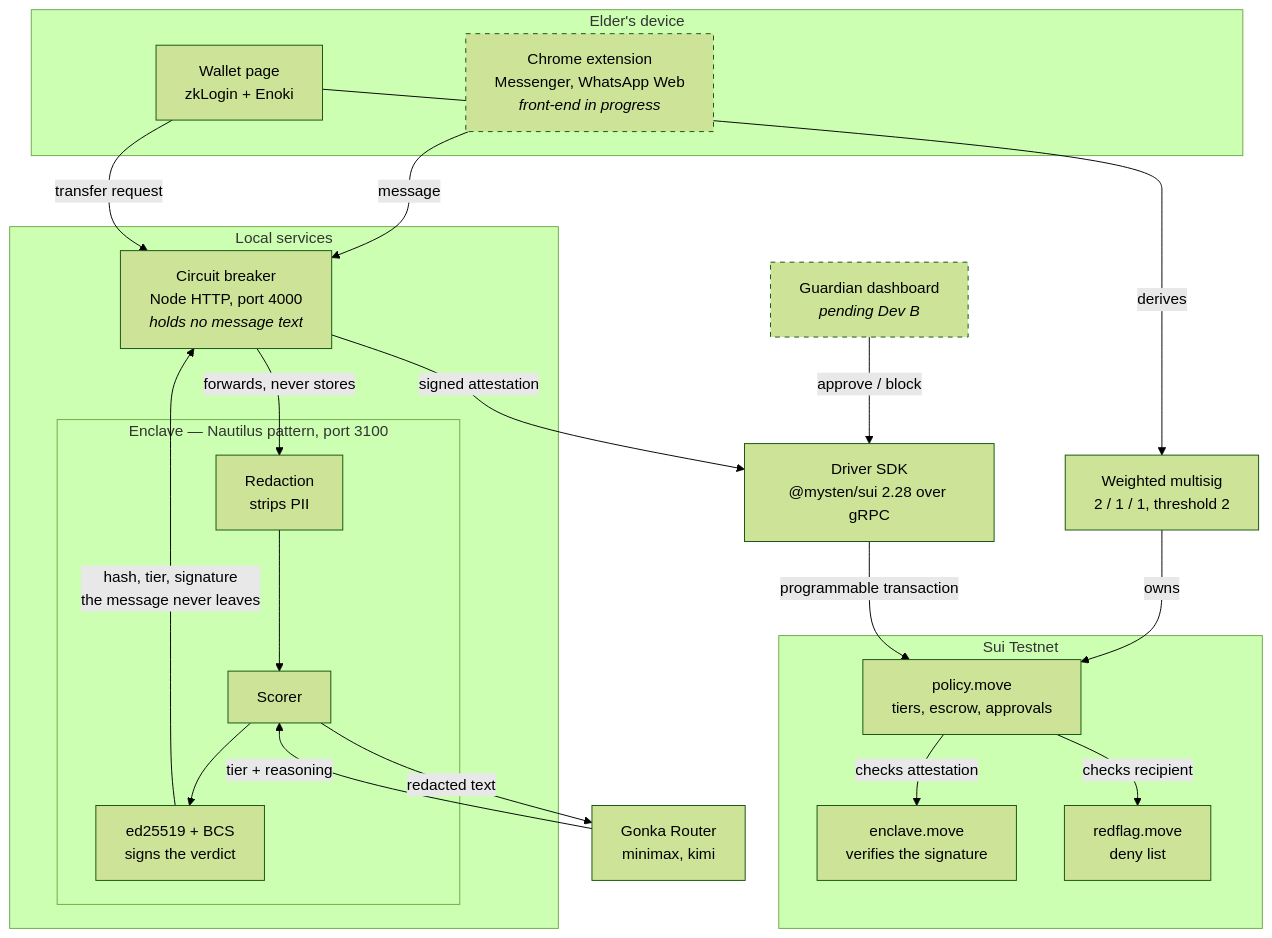
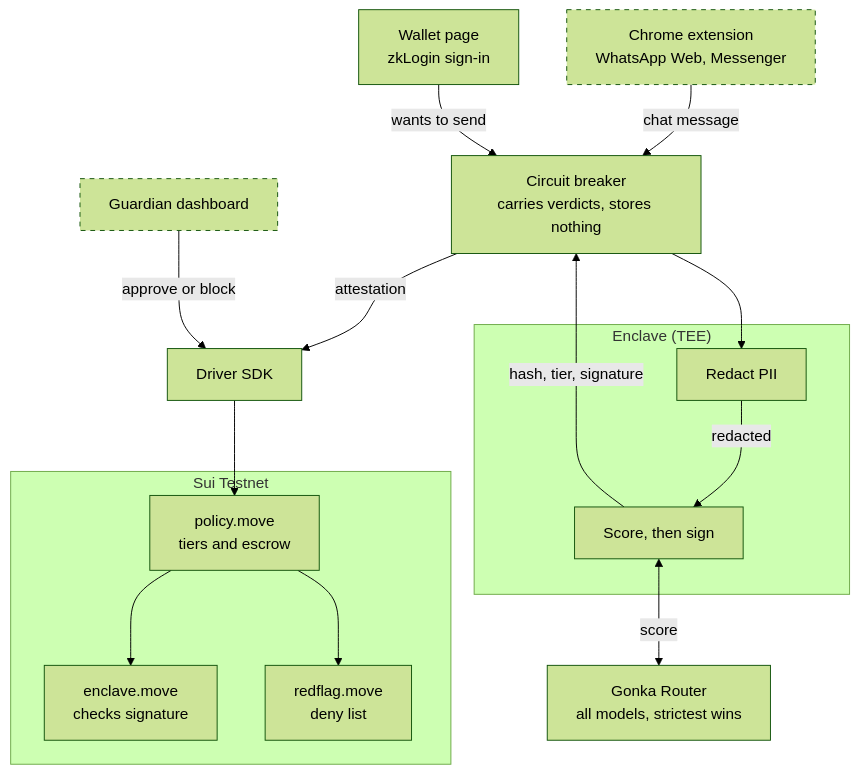
The diagram in README.md (mewHacks/muba2026), drawn with Mermaid (forest theme) before and after one commit. The commit also changed other lines of this file, not shown here.

First line of the commit message:
Restructure the README: features over narrative, shorter, easier diagram

````diff
--- a/README.md
+++ b/README.md
@@ -185,49 +170,38 @@
 ```mermaid
 flowchart TB
-    subgraph device["Elder's device"]
-        EXT["Chrome extension<br/>Messenger, WhatsApp Web<br/><i>front-end in progress</i>"]
-        WALLET["Wallet page<br/>zkLogin + Enoki"]
+    EXT["Chrome extension<br/>WhatsApp Web, Messenger"]
+    WALLET["Wallet page<br/>zkLogin sign-in"]
+    DASH["Guardian dashboard"]
+
+    CB["Circuit breaker<br/>carries verdicts, stores nothing"]
+
+    subgraph TEE["Enclave (TEE)"]
+        RED["Redact PII"]
+        SIGN["Score, then sign"]
     end
 
-    subgraph localsvc["Local services"]
-        CB["Circuit breaker<br/>Node HTTP, port 4000<br/><i>holds no message text</i>"]
-        subgraph tee["Enclave — Nautilus pattern, port 3100"]
-            RED["Redaction<br/>strips PII"]
-            SCORE["Scorer"]
-            SIGN["ed25519 + BCS<br/>signs the verdict"]
-        end
-    end
+    GONKA["Gonka Router<br/>all models, strictest wins"]
+    DRIVER["Driver SDK"]
 
-    GONKA["Gonka Router<br/>minimax, kimi"]
-
-    DRIVER["Driver SDK<br/>@mysten/sui 2.28 over gRPC"]
-    MSIG["Weighted multisig<br/>2 / 1 / 1, threshold 2"]
-    DASH["Guardian dashboard<br/><i>pending Dev B</i>"]
-
-    subgraph sui["Sui Testnet"]
-        POLICY["policy.move<br/>tiers, escrow, approvals"]
-        ENCMOD["enclave.move<br/>verifies the signature"]
+    subgraph SUI["Sui Testnet"]
+        POLICY["policy.move<br/>tiers and escrow"]
+        ENCMOD["enclave.move<br/>checks signature"]
         FLAG["redflag.move<br/>deny list"]
     end
 
-    EXT -->|"message"| CB
-    CB -->|"forwards, never stores"| RED
-    RED --> SCORE
-    SCORE -->|"redacted text"| GONKA
-    GONKA -->|"tier + reasoning"| SCORE
-    SCORE --> SIGN
-    SIGN -->|"hash, tier, signature<br/>the message never leaves"| CB
+    EXT -->|chat message| CB
+    CB --> RED
+    RED -->|redacted| SIGN
+    SIGN <-->|score| GONKA
+    SIGN -->|hash, tier, signature| CB
 
-    WALLET -->|"derives"| MSIG
-    WALLET -->|"transfer request"| CB
-    CB -->|"signed attestation"| DRIVER
-    DASH -->|"approve / block"| DRIVER
-    MSIG -->|"owns"| POLICY
+    WALLET -->|wants to send| CB
+    CB -->|attestation| DRIVER
+    DASH -->|approve or block| DRIVER
+    DRIVER --> POLICY
+    POLICY --> ENCMOD
+    POLICY --> FLAG
 
-    DRIVER -->|"programmable transaction"| POLICY
-    POLICY -->|"checks attestation"| ENCMOD
-    POLICY -->|"checks recipient"| FLAG
-
-    classDef pending stroke-dasharray: 5 5
-    class EXT,DASH pending
+    classDef wip stroke-dasharray: 5 5
+    class EXT,DASH wip
 ```
````
